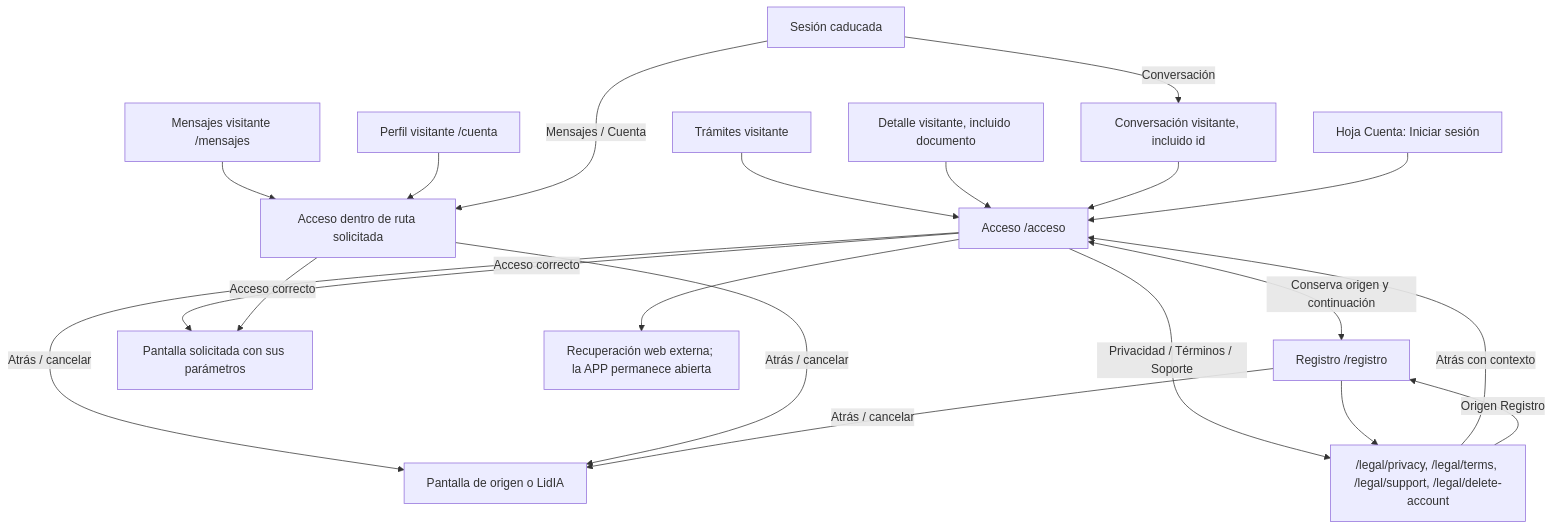
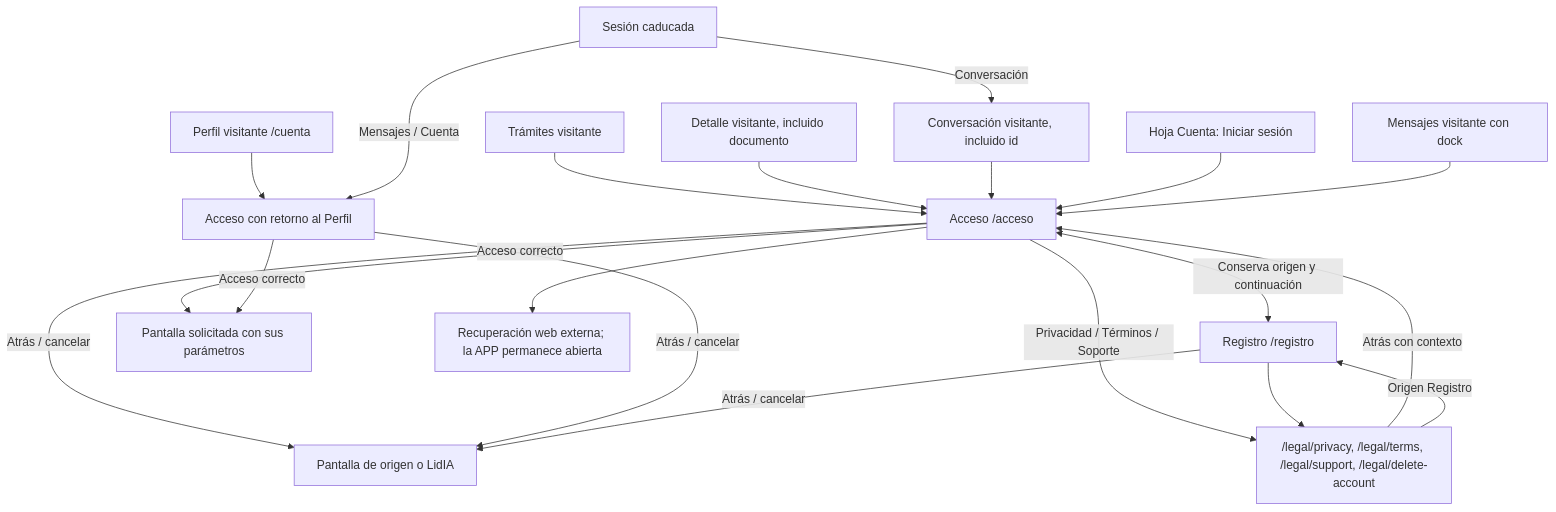
One commit to enmarkados/Gestadia_Portal changed the third of 6 diagrams in docs/app/NAVEGACION.md. Above: the diagram before and after it, drawn with Mermaid. The commit also changed other lines of this file and 82 other files, not shown here.

````diff
--- a/docs/app/NAVEGACION.md
+++ b/docs/app/NAVEGACION.md
@@ -75,22 +80,22 @@
 ```mermaid
 flowchart TD
   T["Trámites visitante"] --> A["Acceso /acceso"]
   D["Detalle visitante, incluido documento"] --> A
   CHAT["Conversación visitante, incluido id"] --> A
   AM["Hoja Cuenta: Iniciar sesión"] --> A
-  MG["Mensajes visitante /mensajes"] --> LOGIN["Acceso dentro de ruta solicitada"]
-  CG["Perfil visitante /cuenta"] --> LOGIN
+  MG["Mensajes visitante con dock"] --> A
+  CG["Perfil visitante /cuenta"] --> LOGIN["Acceso con retorno al Perfil"]
   A <-->|Conserva origen y continuación| R["Registro /registro"]
   A -->|Privacidad / Términos / Soporte| L["/legal/privacy, /legal/terms, /legal/support, /legal/delete-account"]
   R --> L
   L -->|Atrás con contexto| A
   L -->|Origen Registro| R
   A -->|Acceso correcto| DEST["Pantalla solicitada con sus parámetros"]
   LOGIN -->|Acceso correcto| DEST
   A -->|Atrás / cancelar| ORIG["Pantalla de origen o LidIA"]
   LOGIN -->|Atrás / cancelar| ORIG
   R -->|Atrás / cancelar| ORIG
   A --> REC["Recuperación web externa; la APP permanece abierta"]
   EXP["Sesión caducada"] -->|Mensajes / Cuenta| LOGIN
   EXP -->|Conversación| CHAT
 ```
````
